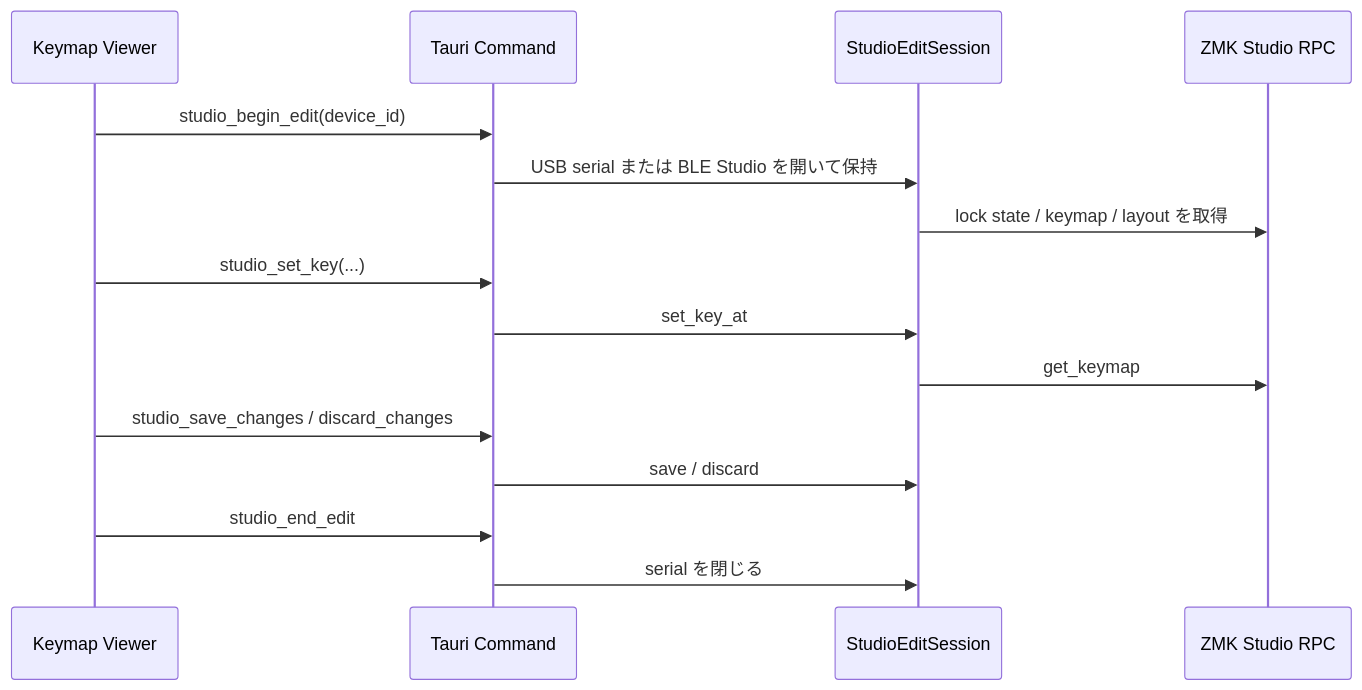
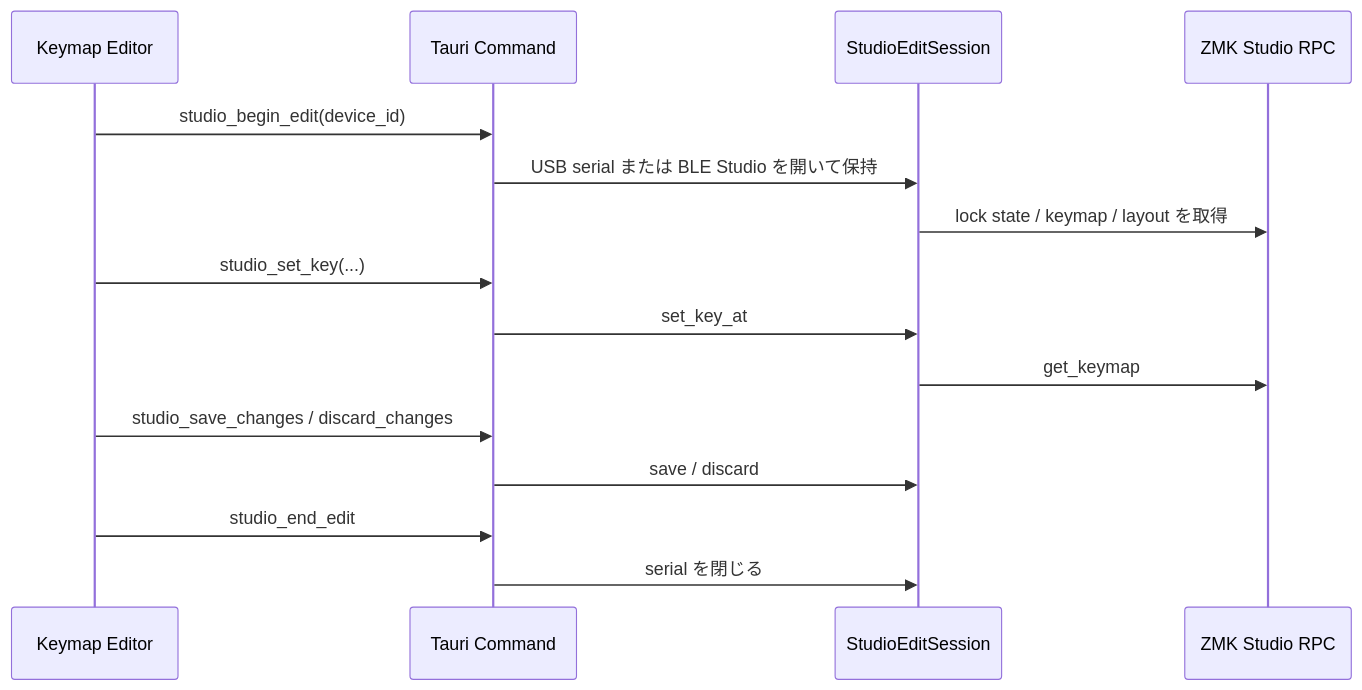
The fourth of 4 diagrams in docs/technology-overview.md (hrmt-lab/Keylink-Studio), drawn with Mermaid before and after one commit. The commit also changed other lines of this file and 14 other files, not shown here.

Commit message:
docs(ui): rename Keymap Viewer to Keymap Editor

````diff
--- a/docs/technology-overview.md
+++ b/docs/technology-overview.md
@@ -250,17 +250,17 @@
 ```mermaid
 sequenceDiagram
-    participant UI as Keymap Viewer
+    participant UI as Keymap Editor
     participant T as Tauri Command
     participant S as StudioEditSession
     participant Z as ZMK Studio RPC
     UI->>T: studio_begin_edit(device_id)
     T->>S: USB serial または BLE Studio を開いて保持
     S->>Z: lock state / keymap / layout を取得
     UI->>T: studio_set_key(...)
     T->>S: set_key_at
     S->>Z: get_keymap
     UI->>T: studio_save_changes / discard_changes
     T->>S: save / discard
     UI->>T: studio_end_edit
     T->>S: serial を閉じる
 ```
````
